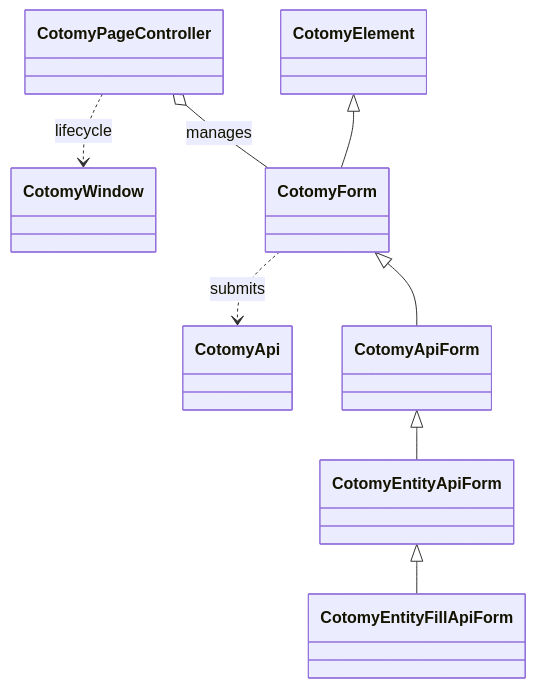
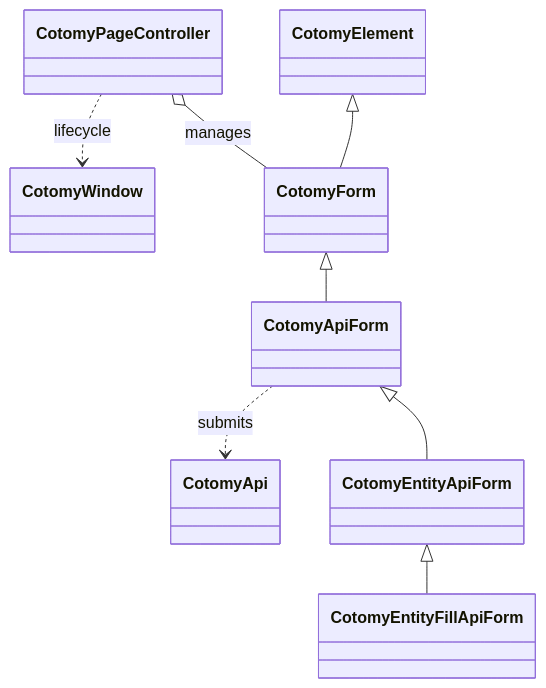
The diagram in docs/reference/getting-started.md (yshr1920/cotomy-reference), drawn with Mermaid before and after one commit. The commit also changed other lines of this file and 10 other files, not shown here.

Commit message:
Clarify native and Cotomy-managed form responsibilities

````diff
--- a/docs/reference/getting-started.md
+++ b/docs/reference/getting-started.md
@@ -91,20 +91,20 @@
 ```mermaid
 classDiagram
 class CotomyWindow
 class CotomyPageController
 class CotomyElement
 class CotomyForm
 class CotomyApi
 class CotomyApiForm
 class CotomyEntityApiForm
 class CotomyEntityFillApiForm
 
 CotomyElement <|-- CotomyForm
 CotomyForm <|-- CotomyApiForm
 CotomyApiForm <|-- CotomyEntityApiForm
 CotomyEntityApiForm <|-- CotomyEntityFillApiForm
 
-CotomyForm ..> CotomyApi : submits
+CotomyApiForm ..> CotomyApi : submits
 CotomyPageController o-- CotomyForm : manages
 CotomyPageController ..> CotomyWindow : lifecycle
 ```
````
